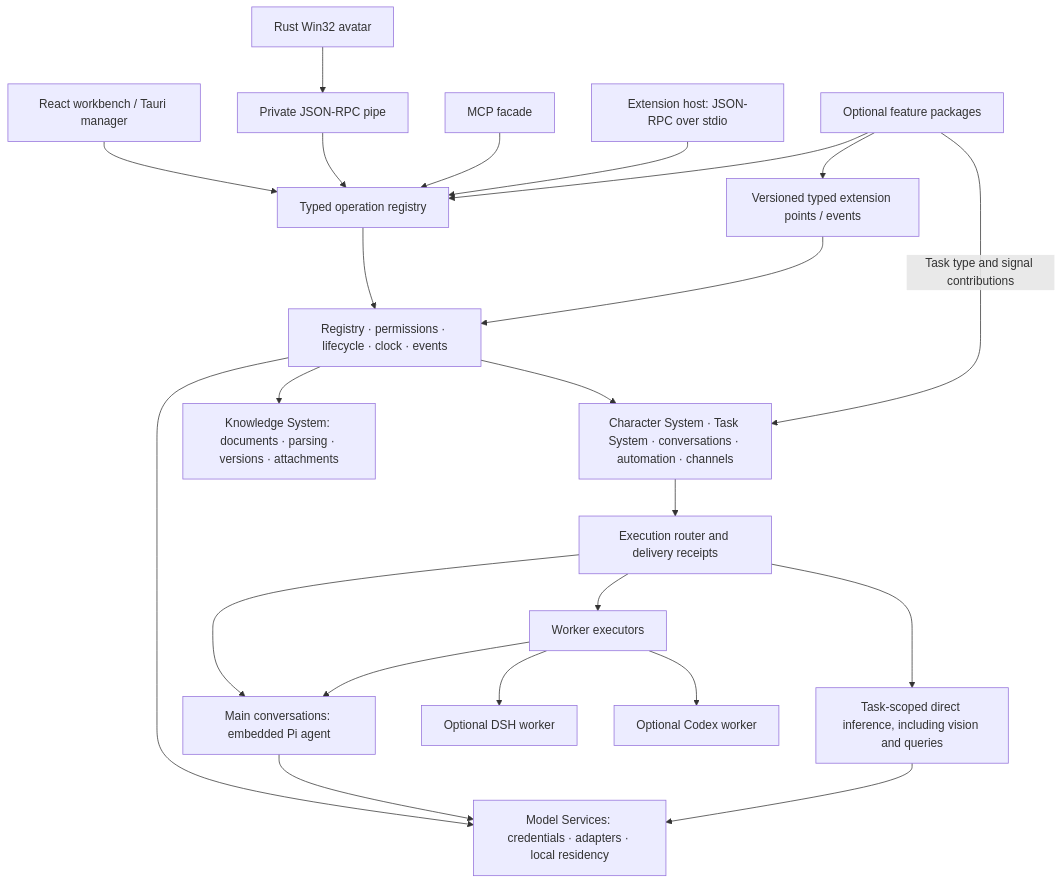
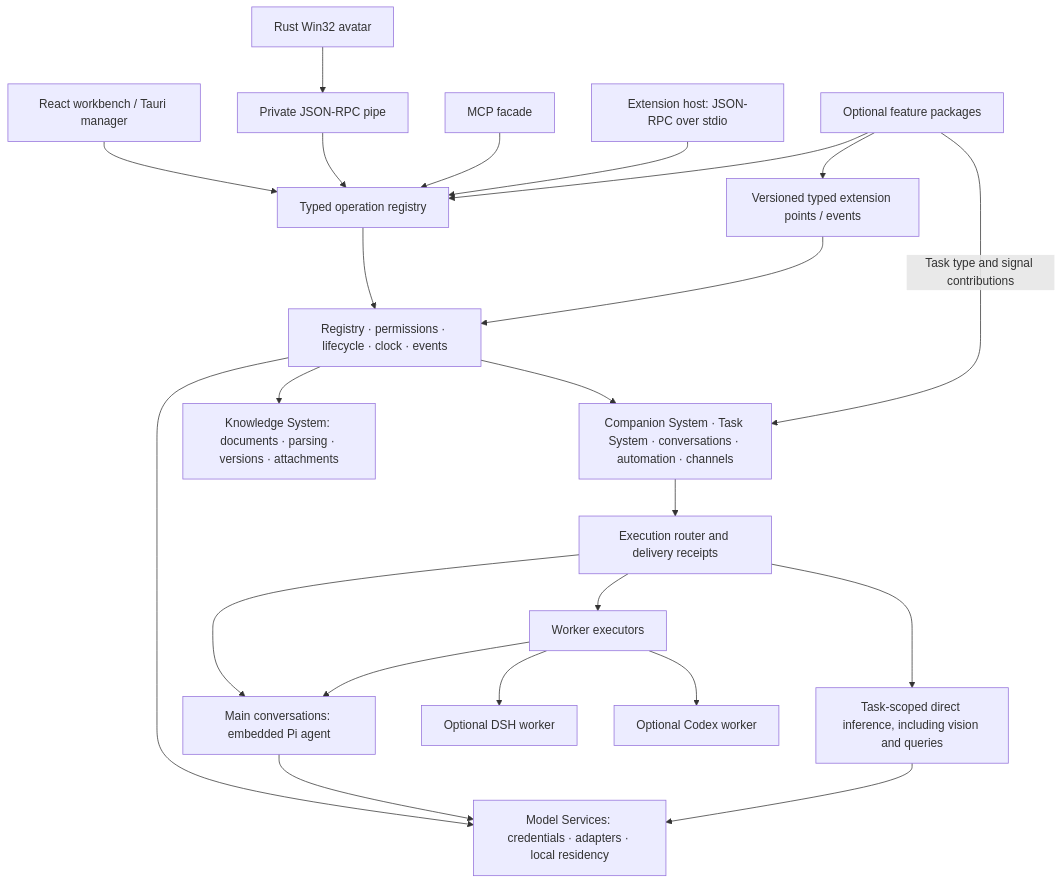
Before and after one commit to Kzkz233/echo-agent: the diagram in docs/ARCHITECTURE.md, drawn with Mermaid. The commit also changed other lines of this file and 256 other files, not shown here.

````diff
--- a/docs/ARCHITECTURE.md
+++ b/docs/ARCHITECTURE.md
@@ -7,25 +7,25 @@
 ```mermaid
 flowchart TB
   UI[React workbench / Tauri manager] --> Ops[Typed operation registry]
   Avatar[Rust Win32 avatar] --> Pipe[Private JSON-RPC pipe]
   Pipe --> Ops
   MCP[MCP facade] --> Ops
   Ext[Extension host: JSON-RPC over stdio] --> Ops
   Ops --> Kernel[Registry · permissions · lifecycle · clock · events]
-  Kernel --> Product[Character System · Task System · conversations · automation · channels]
+  Kernel --> Product[Companion System · Task System · conversations · automation · channels]
   Kernel --> Knowledge[Knowledge System: documents · parsing · versions · attachments]
   Kernel --> Models[Model Services: credentials · adapters · local residency]
   Product --> Router[Execution router and delivery receipts]
   Router --> Pi[Main conversations: embedded Pi agent]
   Pi --> Models
   Router --> API[Task-scoped direct inference, including vision and queries]
   API --> Models
   Router --> Workers[Worker executors]
   Workers --> Pi
   Workers --> DSH[Optional DSH worker]
   Workers --> Codex[Optional Codex worker]
   Features[Optional feature packages] --> Ops
   Features --> Ports[Versioned typed extension points / events]
   Ports --> Kernel
   Features -->|Task type and signal contributions| Product
 ```
````
